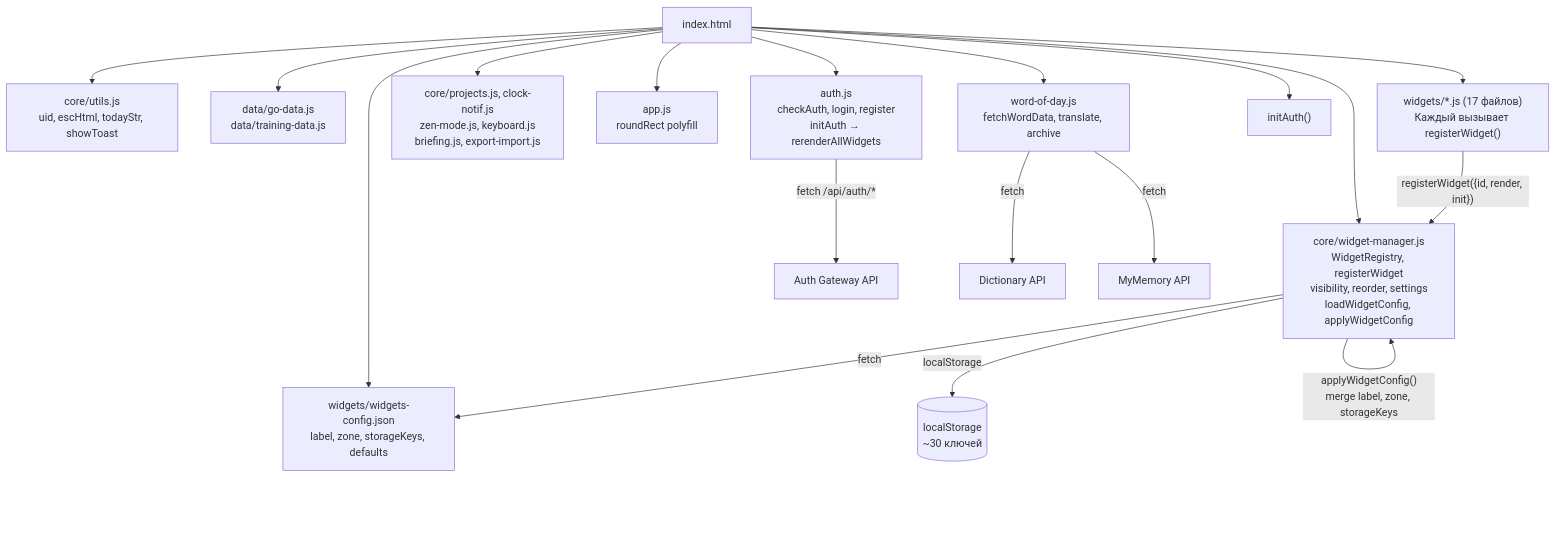
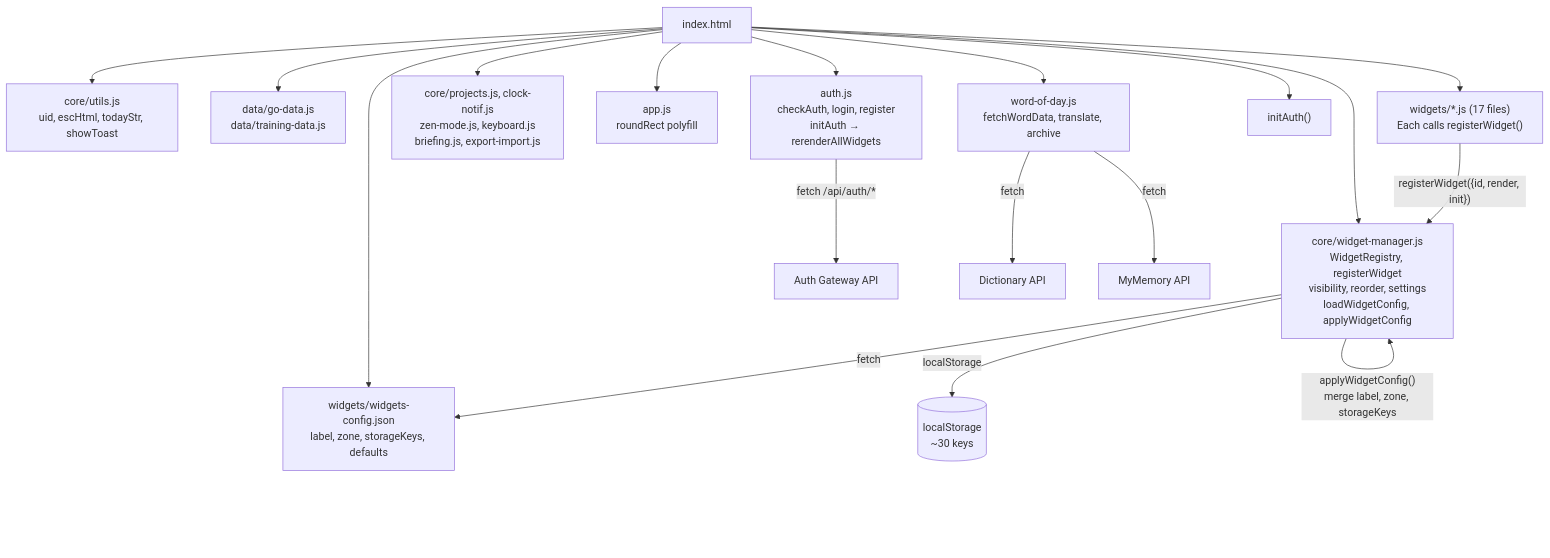
Before and after one commit to Finc8888/Dashboard: the fourth of 13 diagrams in ARCHITECTURE.md, drawn with Mermaid. The commit also changed other lines of this file and 4 other files, not shown here.

````diff
--- a/ARCHITECTURE.md
+++ b/ARCHITECTURE.md
@@ -252,22 +252,22 @@
 ```mermaid
 flowchart TB
     HTML["index.html"]
     HTML --> UTILS["core/utils.js<br/>uid, escHtml, todayStr, showToast"]
     HTML --> WM["core/widget-manager.js<br/>WidgetRegistry, registerWidget<br/>visibility, reorder, settings<br/>loadWidgetConfig, applyWidgetConfig"]
     HTML --> DATA["data/go-data.js<br/>data/training-data.js"]
-    HTML --> WIDGETS["widgets/*.js (17 файлов)<br/>Каждый вызывает registerWidget()"]
+    HTML --> WIDGETS["widgets/*.js (17 files)<br/>Each calls registerWidget()"]
     HTML --> WCFG["widgets/widgets-config.json<br/>label, zone, storageKeys, defaults"]
     HTML --> CORE["core/projects.js, clock-notif.js<br/>zen-mode.js, keyboard.js<br/>briefing.js, export-import.js"]
     HTML --> APP["app.js<br/>roundRect polyfill"]
     HTML --> AUTH_JS["auth.js<br/>checkAuth, login, register<br/>initAuth → rerenderAllWidgets"]
     HTML --> WOD["word-of-day.js<br/>fetchWordData, translate, archive"]
     HTML --> INIT["initAuth()"]
 
     WIDGETS -->|"registerWidget({id, render, init})"| WM
     WM -->|"fetch"| WCFG
     WM -->|"applyWidgetConfig()<br/>merge label, zone, storageKeys"| WM
-    WM -->|"localStorage"| LS[("localStorage<br/>~30 ключей")]
+    WM -->|"localStorage"| LS[("localStorage<br/>~30 keys")]
     AUTH_JS -->|"fetch /api/auth/*"| AUTH_API["Auth Gateway API"]
     WOD -->|"fetch"| DICT_API["Dictionary API"]
     WOD -->|"fetch"| TRANS_API["MyMemory API"]
 ```
````
